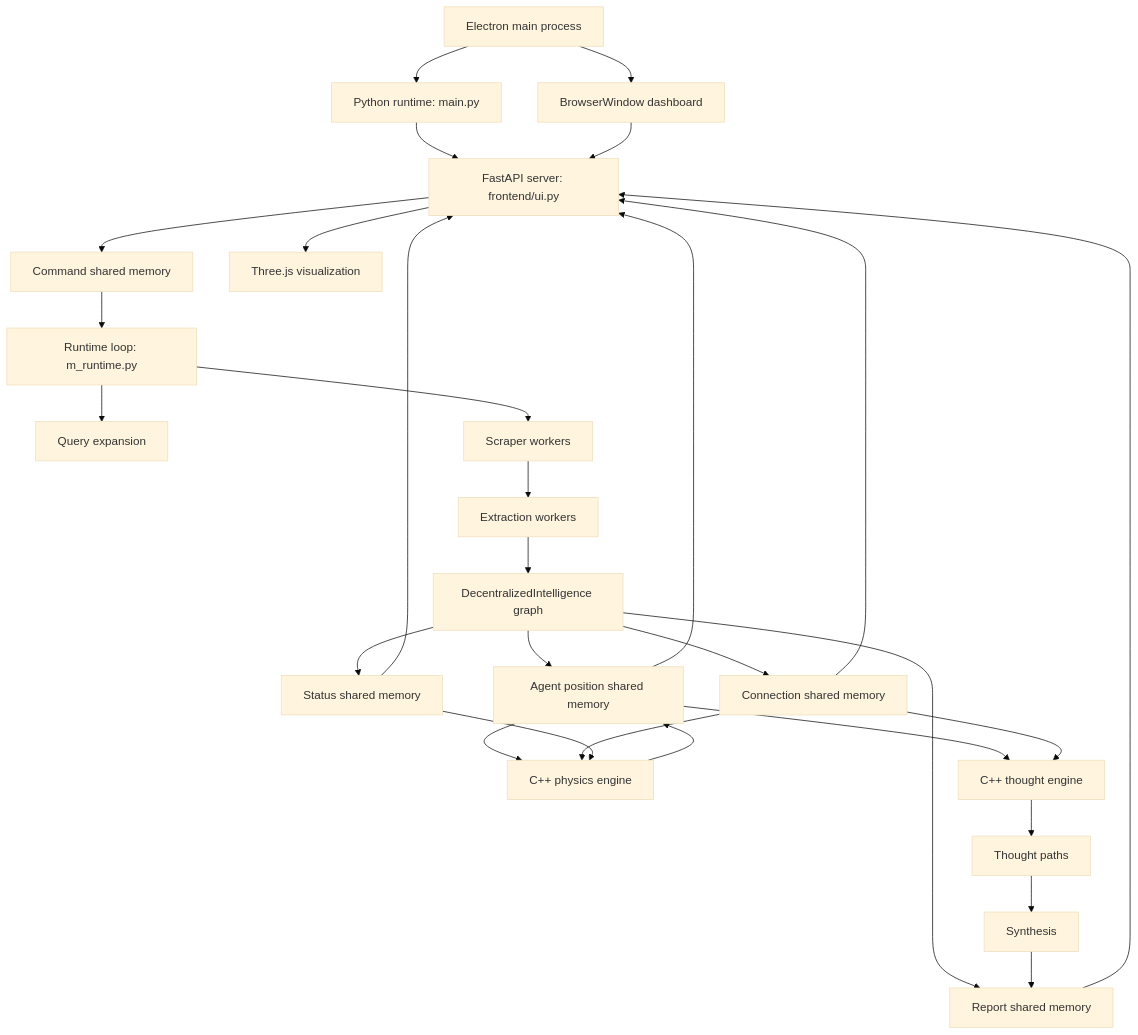
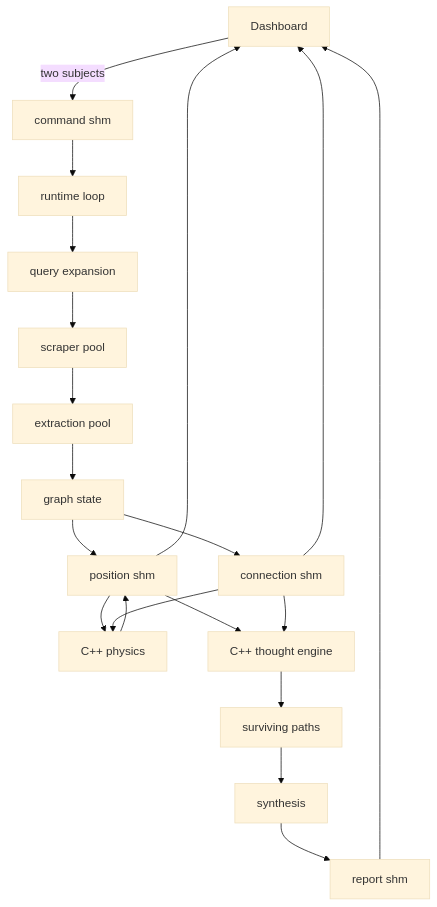
The diagram in README.md (jacksoswag/ContextGraph), drawn with Mermaid (base theme) before and after one commit. The commit also changed other lines of this file and 36 other files, not shown here.

````diff
--- a/README.md
+++ b/README.md
@@ -34,38 +26,26 @@
 ```mermaid
 flowchart TD
-    A[Electron main process] --> B[Python runtime: main.py]
-    A --> C[BrowserWindow dashboard]
+    UI[Dashboard] -->|two subjects| CMD[command shm]
+    CMD --> RT[runtime loop]
+    RT --> QE[query expansion]
+    QE --> SCR[scraper pool]
+    SCR --> EXT[extraction pool]
+    EXT --> G[graph state]
 
-    B --> D[FastAPI server: frontend/ui.py]
-    C --> D
+    G --> POS[position shm]
+    G --> CON[connection shm]
 
-    D --> E[Command shared memory]
-    E --> F[Runtime loop: m_runtime.py]
+    POS --> PHYS[C++ physics]
+    CON --> PHYS
+    PHYS --> POS
 
-    F --> G[Query expansion]
-    F --> H[Scraper workers]
-    H --> I[Extraction workers]
-    I --> J[DecentralizedIntelligence graph]
+    POS --> TH[C++ thought engine]
+    CON --> TH
+    TH --> PATHS[surviving paths]
+    PATHS --> SYN[synthesis]
+    SYN --> REP[report shm]
 
-    J --> K[Agent position shared memory]
-    J --> L[Connection shared memory]
-    J --> M[Status shared memory]
-    J --> N[Report shared memory]
-
-    K --> O[C++ physics engine]
-    L --> O
-    M --> O
-    O --> K
-
-    K --> P[C++ thought engine]
-    L --> P
-    P --> Q[Thought paths]
-    Q --> R[Synthesis]
-    R --> N
-
-    K --> D
-    L --> D
-    M --> D
-    N --> D
-    D --> S[Three.js visualization]
+    POS --> UI
+    CON --> UI
+    REP --> UI
 ```
````
